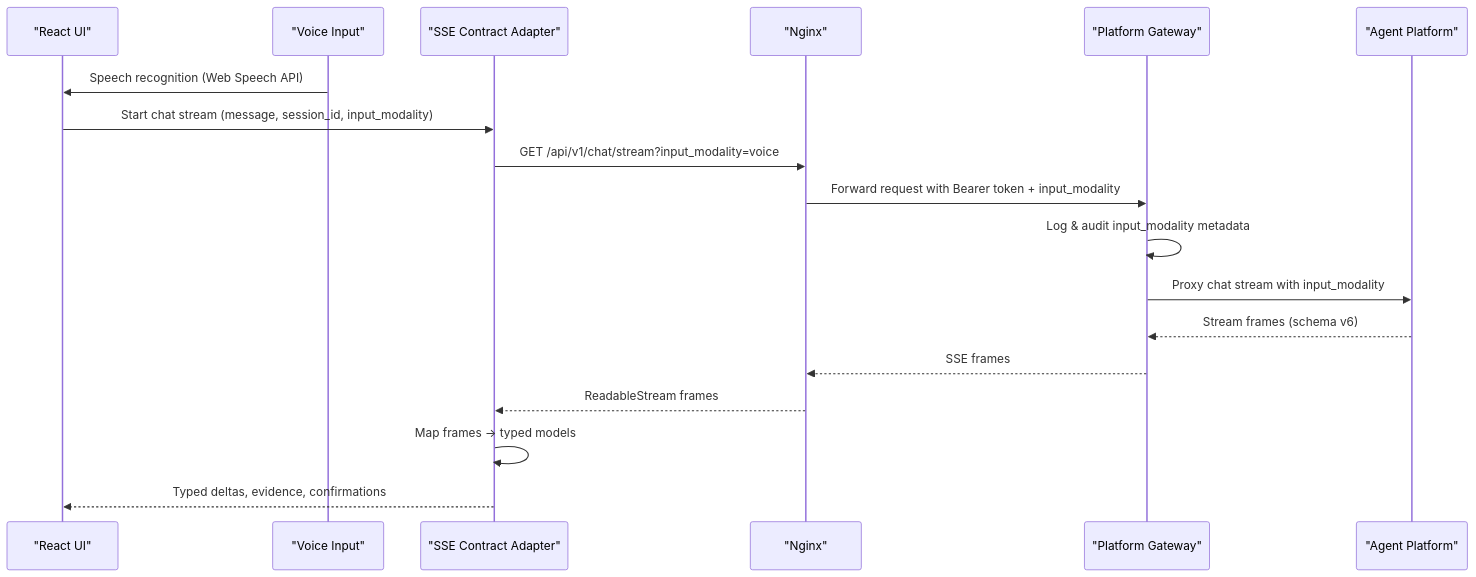
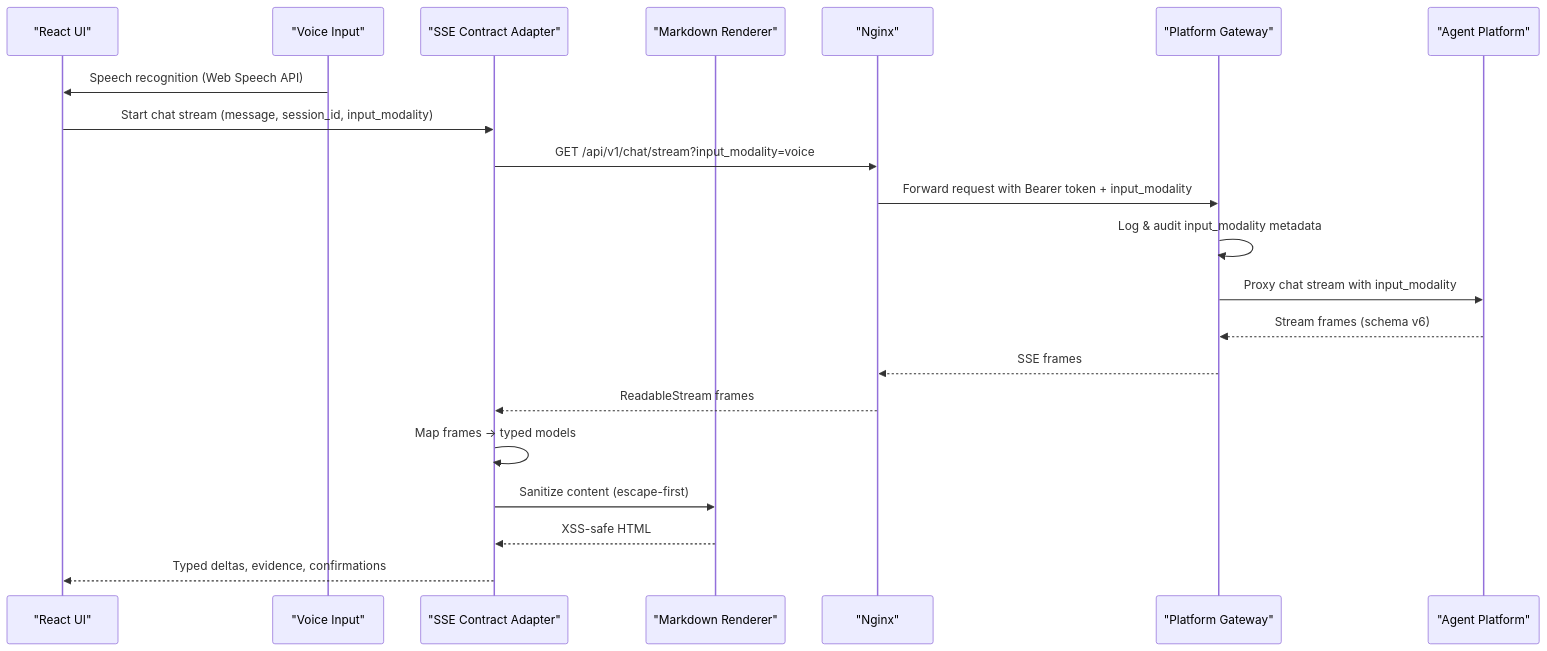
The second of 11 diagrams in .qoder/repowiki/en/content/Architecture Documentation/SPEC-023_ Portal Framework Rebuild Specification.md (metasync/luban-aiops), drawn with Mermaid before and after one commit. The commit also changed other lines of this file and 4 other files, not shown here.

````diff
--- a/.qoder/repowiki/en/content/Architecture Documentation/SPEC-023_ Portal Framework Rebuild Specification.md
+++ b/.qoder/repowiki/en/content/Architecture Documentation/SPEC-023_ Portal Framework Rebuild Specification.md
@@ -108,20 +114,23 @@
 ```mermaid
 sequenceDiagram
 participant UI as "React UI"
 participant Voice as "Voice Input"
 participant Adapter as "SSE Contract Adapter"
+participant Markdown as "Markdown Renderer"
 participant Nginx as "Nginx"
 participant GW as "Platform Gateway"
 participant Agent as "Agent Platform"
 Voice->>UI : Speech recognition (Web Speech API)
 UI->>Adapter : Start chat stream (message, session_id, input_modality)
 Adapter->>Nginx : GET /api/v1/chat/stream?input_modality=voice
 Nginx->>GW : Forward request with Bearer token + input_modality
 GW->>GW : Log & audit input_modality metadata
 GW->>Agent : Proxy chat stream with input_modality
 Agent-->>GW : Stream frames (schema v6)
 GW-->>Nginx : SSE frames
 Nginx-->>Adapter : ReadableStream frames
 Adapter->>Adapter : Map frames → typed models
+Adapter->>Markdown : Sanitize content (escape-first)
+Markdown-->>Adapter : XSS-safe HTML
 Adapter-->>UI : Typed deltas, evidence, confirmations
 ```
````
